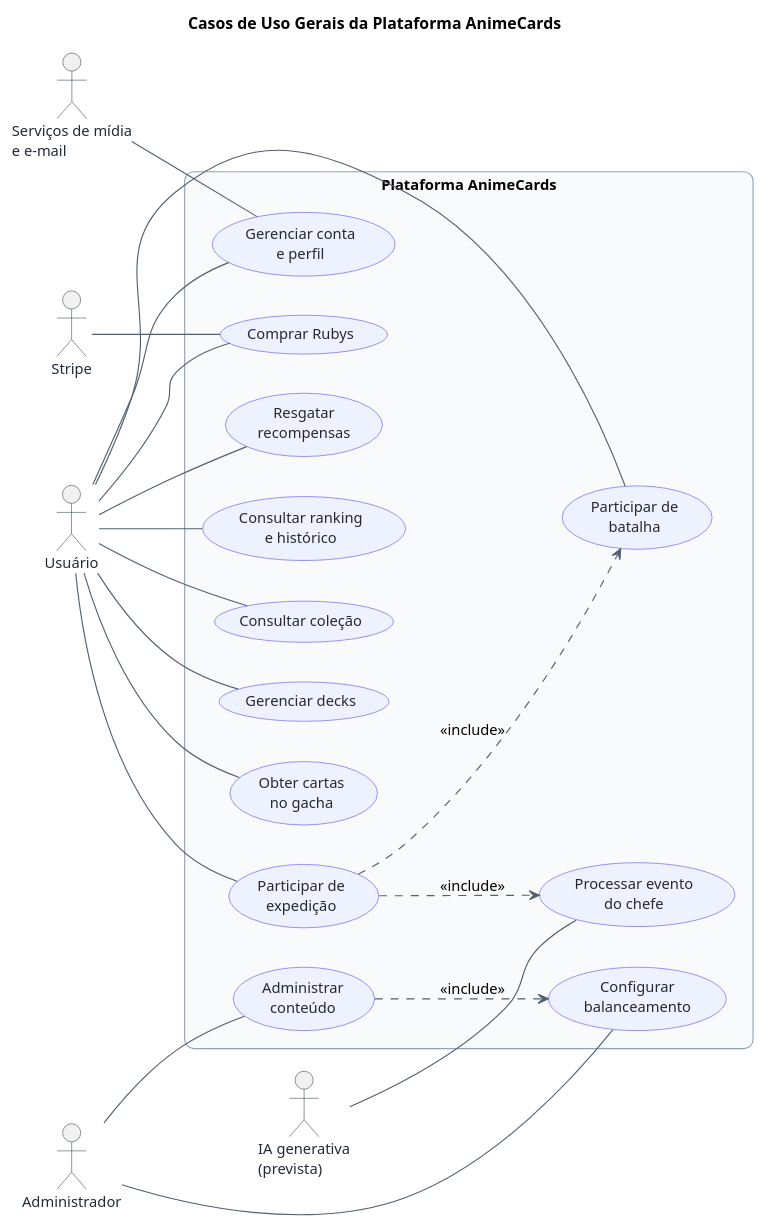
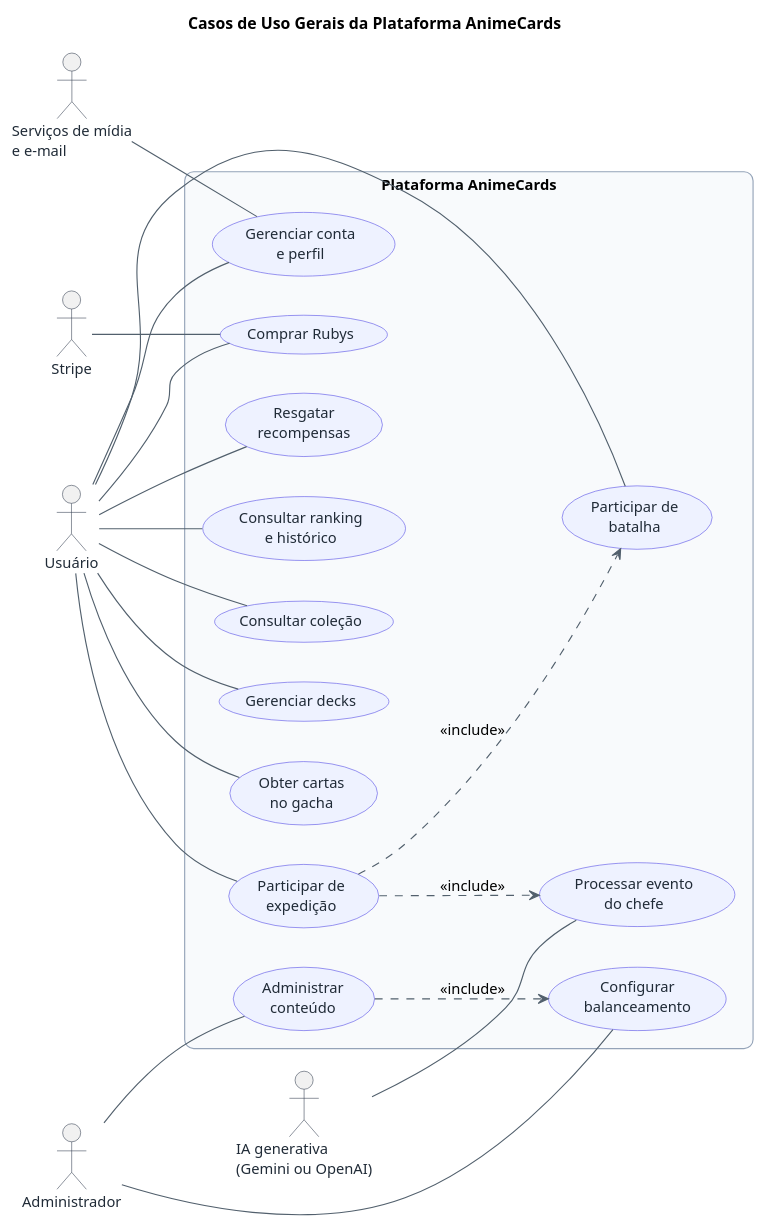
The diagram in documentacao/diagramas/01-casos-de-uso-geral.puml (skoolag3/plataforma-web-rpg), drawn with PlantUML before and after one commit. The commit also changed 107 other files, not shown here.

```diff
--- a/documentacao/diagramas/01-casos-de-uso-geral.puml
+++ b/documentacao/diagramas/01-casos-de-uso-geral.puml
@@ -1,58 +1,58 @@
 @startuml
 title Casos de Uso Gerais da Plataforma AnimeCards
 left to right direction
 skinparam backgroundColor #FFFFFF
 skinparam shadowing false
 skinparam roundcorner 16
 skinparam defaultFontName Arial
 skinparam defaultFontSize 13
 skinparam ArrowColor #52606D
 skinparam ActorBorderColor #364152
 skinparam ActorFontColor #202B37
 skinparam UsecaseBorderColor #4F46E5
 skinparam UsecaseBackgroundColor #EEF2FF
 skinparam UsecaseFontColor #202B37
 skinparam PackageBorderColor #94A3B8
 skinparam PackageBackgroundColor #F8FAFC
 
 actor "Usuário" as usuario
 actor "Administrador" as admin
 actor "Stripe" as stripe
 actor "Serviços de mídia\ne e-mail" as externos
-actor "IA generativa\n(prevista)" as ia
+actor "IA generativa\n(Gemini ou OpenAI)" as ia
 
 rectangle "Plataforma AnimeCards" {
   usecase "Gerenciar conta\ne perfil" as ucConta
   usecase "Consultar coleção" as ucColecao
   usecase "Gerenciar decks" as ucDeck
   usecase "Obter cartas\nno gacha" as ucGacha
   usecase "Resgatar\nrecompensas" as ucRecompensa
   usecase "Comprar Rubys" as ucCompra
   usecase "Participar de\nbatalha" as ucBatalha
   usecase "Participar de\nexpedição" as ucExpedicao
   usecase "Consultar ranking\ne histórico" as ucRanking
   usecase "Administrar\nconteúdo" as ucAdmin
   usecase "Configurar\nbalanceamento" as ucBalanceamento
   usecase "Processar evento\ndo chefe" as ucChefe
 }
 
 usuario -- ucConta
 usuario -- ucColecao
 usuario -- ucDeck
 usuario -- ucGacha
 usuario -- ucRecompensa
 usuario -- ucCompra
 usuario -- ucBatalha
 usuario -- ucExpedicao
 usuario -- ucRanking
 
 admin -- ucAdmin
 admin -- ucBalanceamento
 stripe -- ucCompra
 externos -- ucConta
 ia -- ucChefe
 
 ucExpedicao ..> ucBatalha : <<include>>
 ucExpedicao ..> ucChefe : <<include>>
 ucAdmin ..> ucBalanceamento : <<include>>
 @enduml
```
